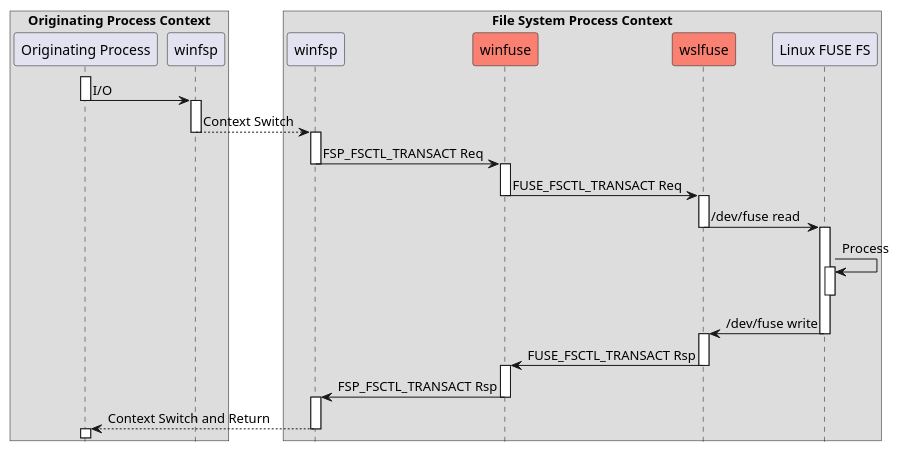
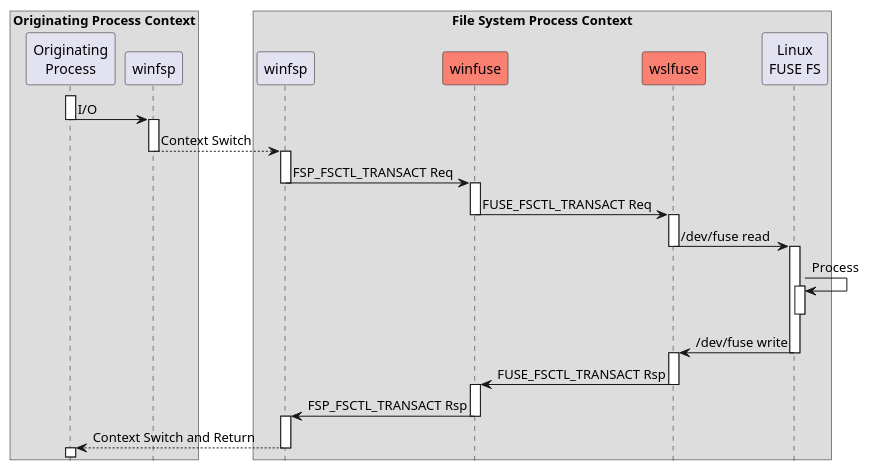
One commit to billziss-gh/winfuse changed the diagram in doc/wslseq.puml. Above: the diagram before and after it, drawn with PlantUML. The commit also changed 5 other files, not shown here.

Commit message:
doc: update diagrams

```diff
--- a/doc/wslseq.puml
+++ b/doc/wslseq.puml
@@ -1,44 +1,44 @@
 hide footbox
 
 box "Originating Process Context"
-    participant "Originating Process" as OP
+    participant "Originating\nProcess" as OP
     participant "winfsp" as winfspOP
 end box
 box "File System Process Context"
     participant "winfsp" as winfspFS
     participant winfuse #Salmon
     participant wslfuse #Salmon
-    participant "Linux FUSE FS" as FS
+    participant "Linux\nFUSE FS" as FS
 end box
 
 activate OP
 OP->winfspOP: I/O
 deactivate OP
 activate winfspOP
 winfspOP-->winfspFS: Context Switch
 deactivate winfspOP
 activate winfspFS
 winfspFS->winfuse: FSP_FSCTL_TRANSACT Req
 deactivate winfspFS
 activate winfuse
 winfuse->wslfuse: FUSE_FSCTL_TRANSACT Req
 deactivate winfuse
 activate wslfuse
 wslfuse->FS: /dev/fuse read
 deactivate wslfuse
 activate FS
 FS->FS: Process
 activate FS
 deactivate FS
 FS->wslfuse: /dev/fuse write
 deactivate FS
 activate wslfuse
 wslfuse->winfuse: FUSE_FSCTL_TRANSACT Rsp
 deactivate wslfuse
 activate winfuse
 winfuse->winfspFS: FSP_FSCTL_TRANSACT Rsp
 deactivate winfuse
 activate winfspFS
 winfspFS-->OP: Context Switch and Return
 deactivate winfspFS
 activate OP
```
